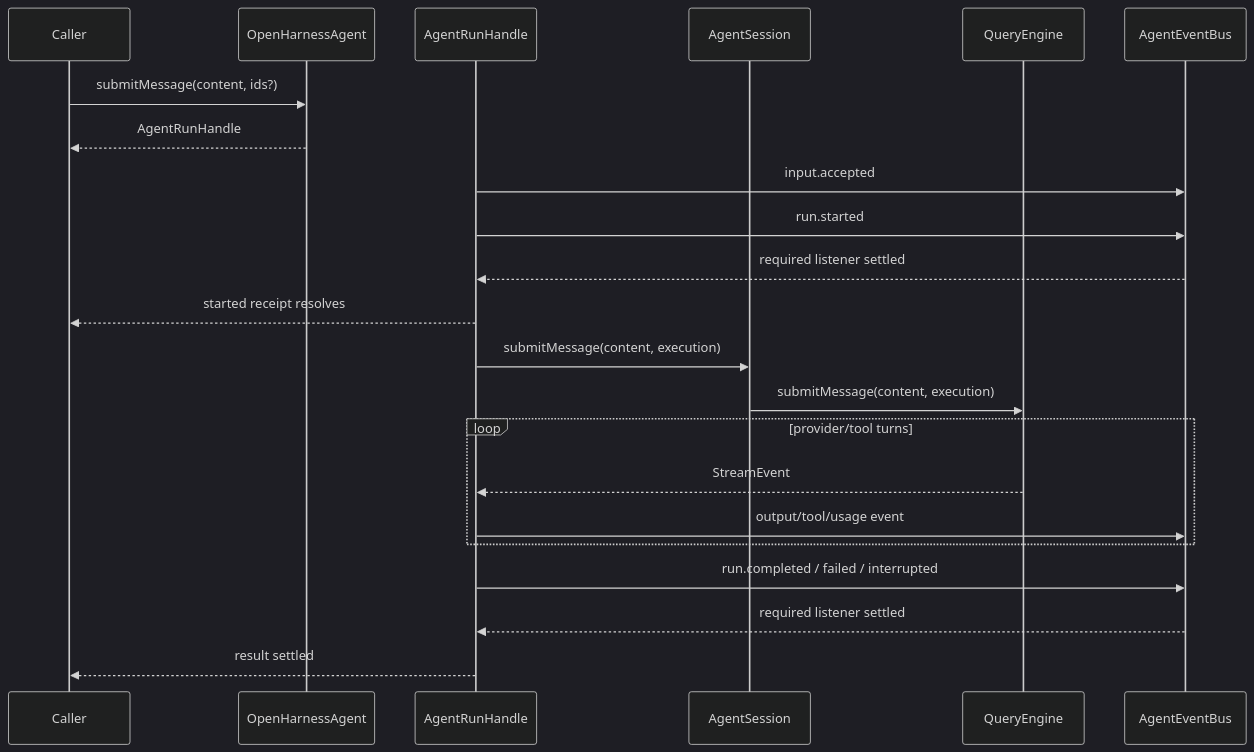
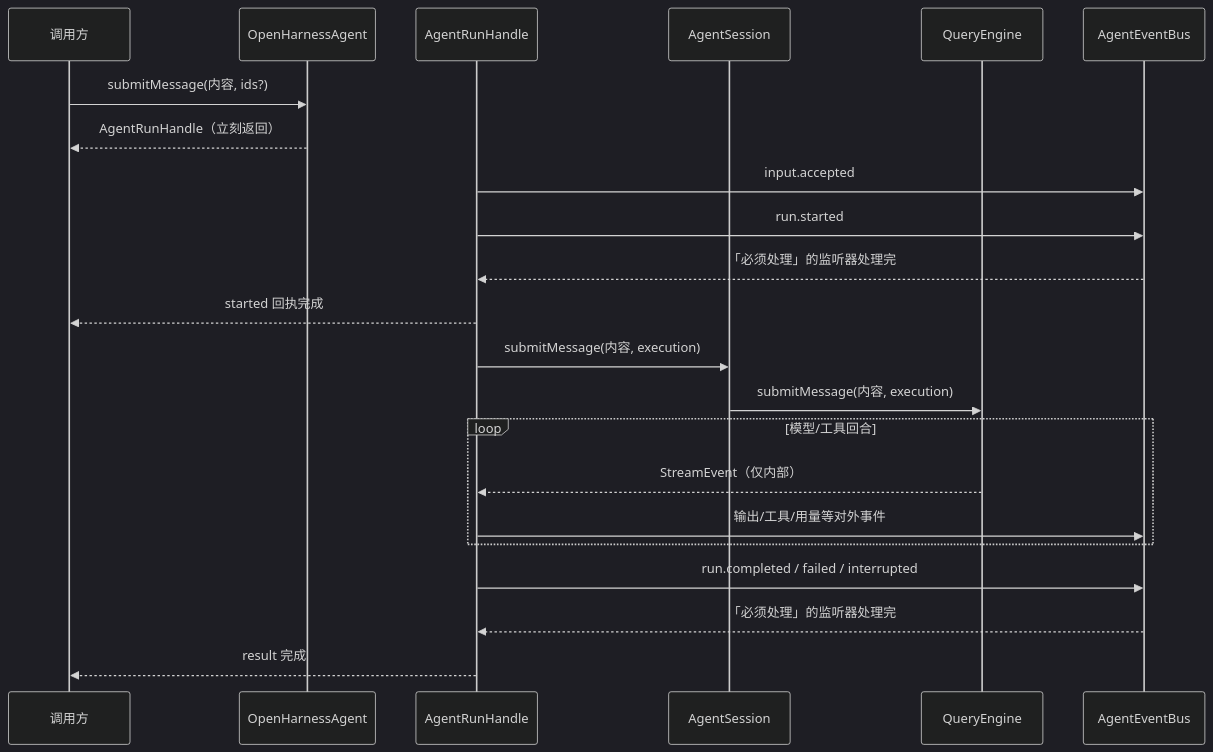
One commit to rzx007/openharness-ts changed the second of 2 diagrams in docs/agent-runtime-framework-architecture.md. Above: the diagram before and after it, drawn with Mermaid (dark theme). The commit also changed other lines of this file and 16 other files, not shown here.

Commit message:
docs: close runtime hosting architecture work

````diff
--- a/docs/agent-runtime-framework-architecture.md
+++ b/docs/agent-runtime-framework-architecture.md
@@ -64,25 +74,25 @@
 ```mermaid
 sequenceDiagram
-  participant Caller
+  participant Caller as 调用方
   participant Agent as OpenHarnessAgent
   participant Run as AgentRunHandle
   participant Session as AgentSession
   participant QE as QueryEngine
   participant Bus as AgentEventBus
 
-  Caller->>Agent: submitMessage(content, ids?)
-  Agent-->>Caller: AgentRunHandle
+  Caller->>Agent: submitMessage(内容, ids?)
+  Agent-->>Caller: AgentRunHandle（立刻返回）
   Run->>Bus: input.accepted
   Run->>Bus: run.started
-  Bus-->>Run: required listener settled
-  Run-->>Caller: started receipt resolves
-  Run->>Session: submitMessage(content, execution)
-  Session->>QE: submitMessage(content, execution)
-  loop provider/tool turns
-    QE-->>Run: StreamEvent
-    Run->>Bus: output/tool/usage event
+  Bus-->>Run: 「必须处理」的监听器处理完
+  Run-->>Caller: started 回执完成
+  Run->>Session: submitMessage(内容, execution)
+  Session->>QE: submitMessage(内容, execution)
+  loop 模型/工具回合
+    QE-->>Run: StreamEvent（仅内部）
+    Run->>Bus: 输出/工具/用量等对外事件
   end
   Run->>Bus: run.completed / failed / interrupted
-  Bus-->>Run: required listener settled
-  Run-->>Caller: result settled
+  Bus-->>Run: 「必须处理」的监听器处理完
+  Run-->>Caller: result 完成
 ```
````
